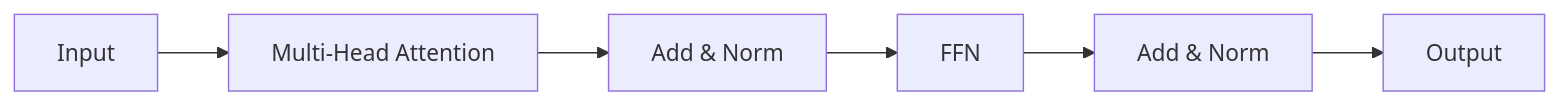
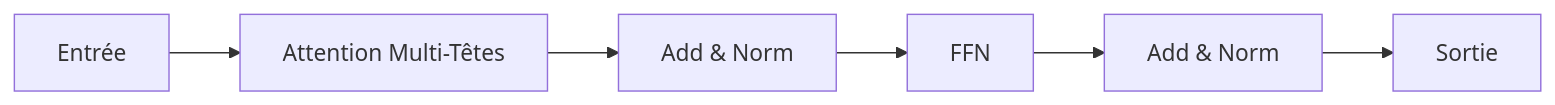
The diagram in i18n/fr/docusaurus-plugin-content-docs/current/transformers/index.md (EmersonBraun/ai-summary-hub), drawn with Mermaid before and after one commit. The commit also changed other lines of this file and 384 other files, not shown here.

````diff
--- a/i18n/fr/docusaurus-plugin-content-docs/current/transformers/index.md
+++ b/i18n/fr/docusaurus-plugin-content-docs/current/transformers/index.md
@@ -23,8 +23,8 @@
 ```mermaid
 flowchart LR
-  A[Input] --> B[Multi-Head Attention]
+  A[Entrée] --> B[Attention Multi-Têtes]
   B --> C[Add & Norm]
   C --> D[FFN]
   D --> E[Add & Norm]
-  E --> F[Output]
+  E --> F[Sortie]
 ```
````
